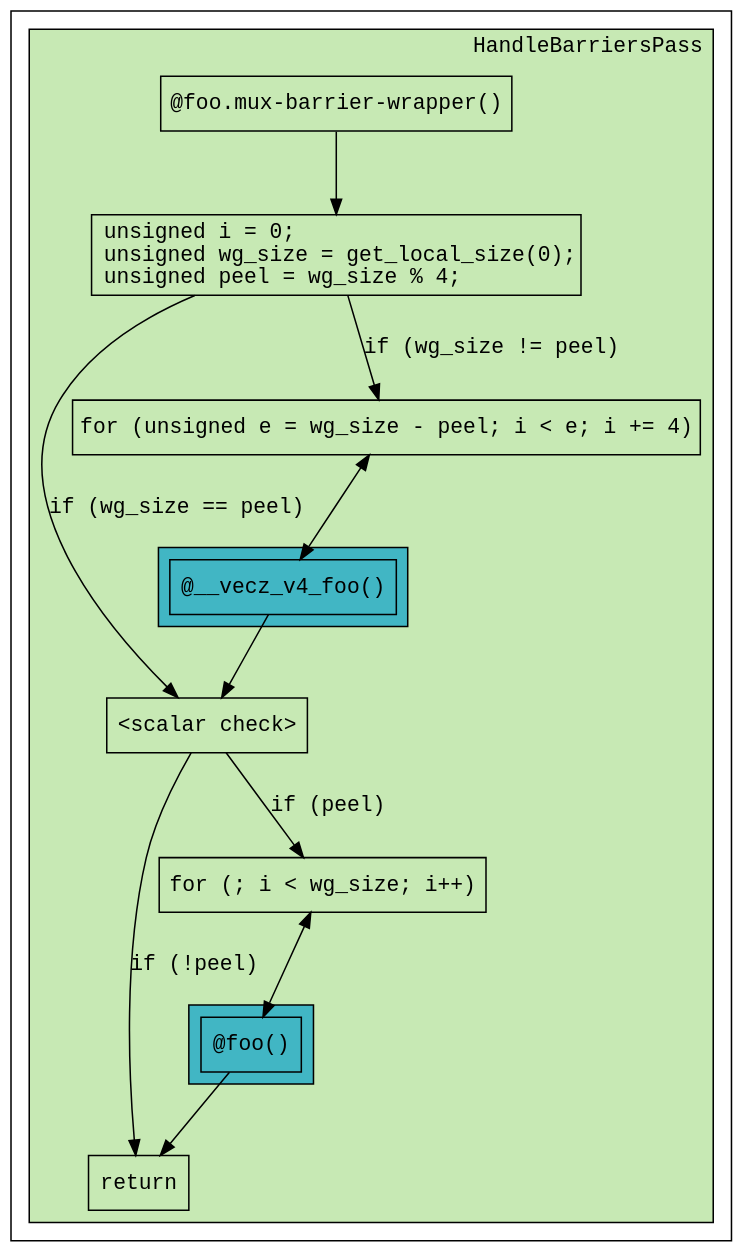
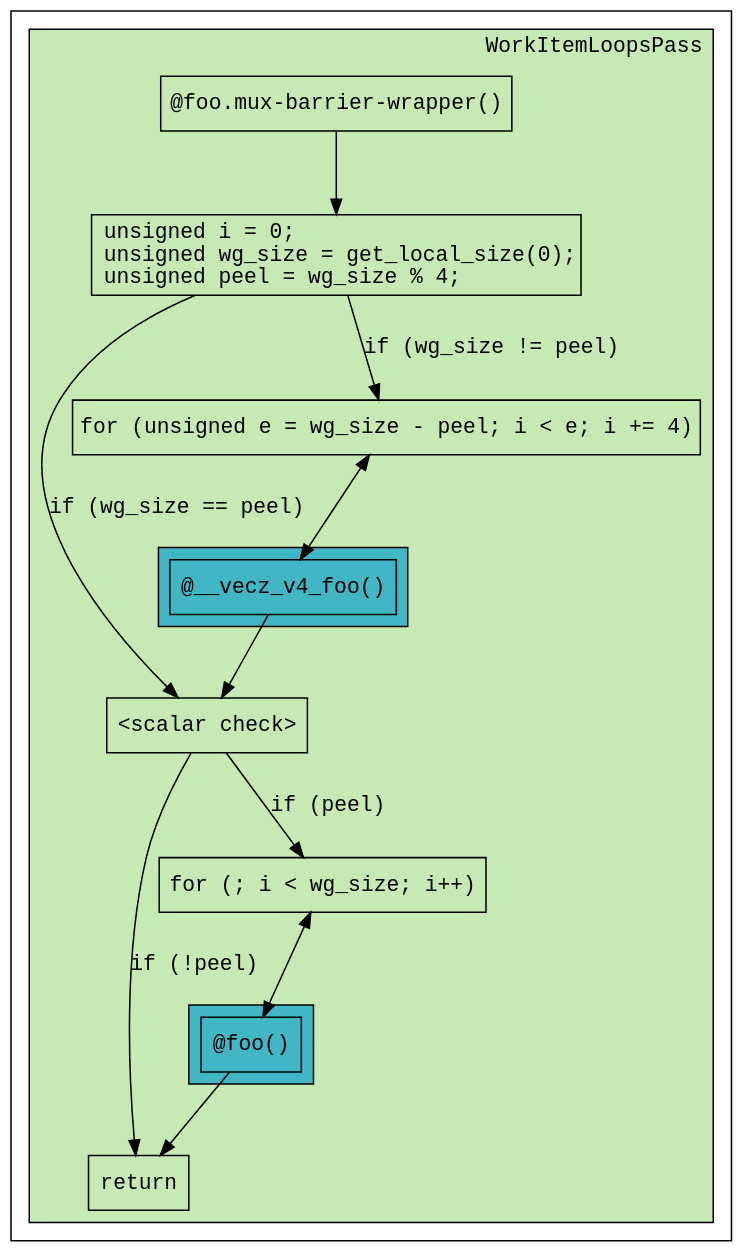
One commit to coldav/oneapi-construction-kit changed the fifth of 5 diagrams in llvm/lib/SYCLNativeCPUUtils/compiler_passes/compiler_pipeline/docs/overview.rst. Above: the diagram before and after it, drawn with Graphviz. The commit also changed other lines of this file and 2 other files, not shown here.

First line of the commit message:
[compiler] Rename HandleBarriersPass -> WorkItemLoopsPass

```diff
--- a/llvm/lib/SYCLNativeCPUUtils/compiler_passes/compiler_pipeline/docs/overview.rst
+++ b/llvm/lib/SYCLNativeCPUUtils/compiler_passes/compiler_pipeline/docs/overview.rst
@@ -719,6 +719,6 @@
 .. graphviz::
   :name: ComputeMux Vectorized Barrier Layout
-  :caption: How a vectorized kernel is laid out by HandleBarriersPass
+  :caption: How a vectorized kernel is laid out by WorkItemLoopsPass
 
   digraph ExecutionModel {
     ranksep=0.75
@@ -766,7 +766,7 @@
 
     subgraph cluster_barrier_wrapper {
       bgcolor=3
-      label="HandleBarriersPass";
+      label="WorkItemLoopsPass";
       labeljust=r
 
       BarrierWrapper
```
